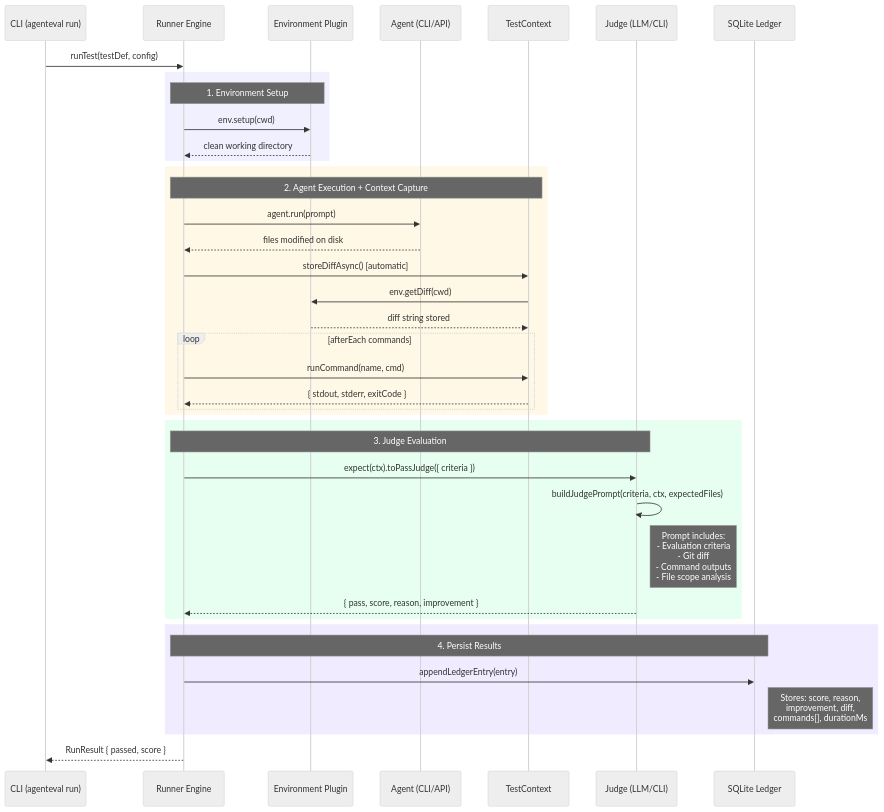
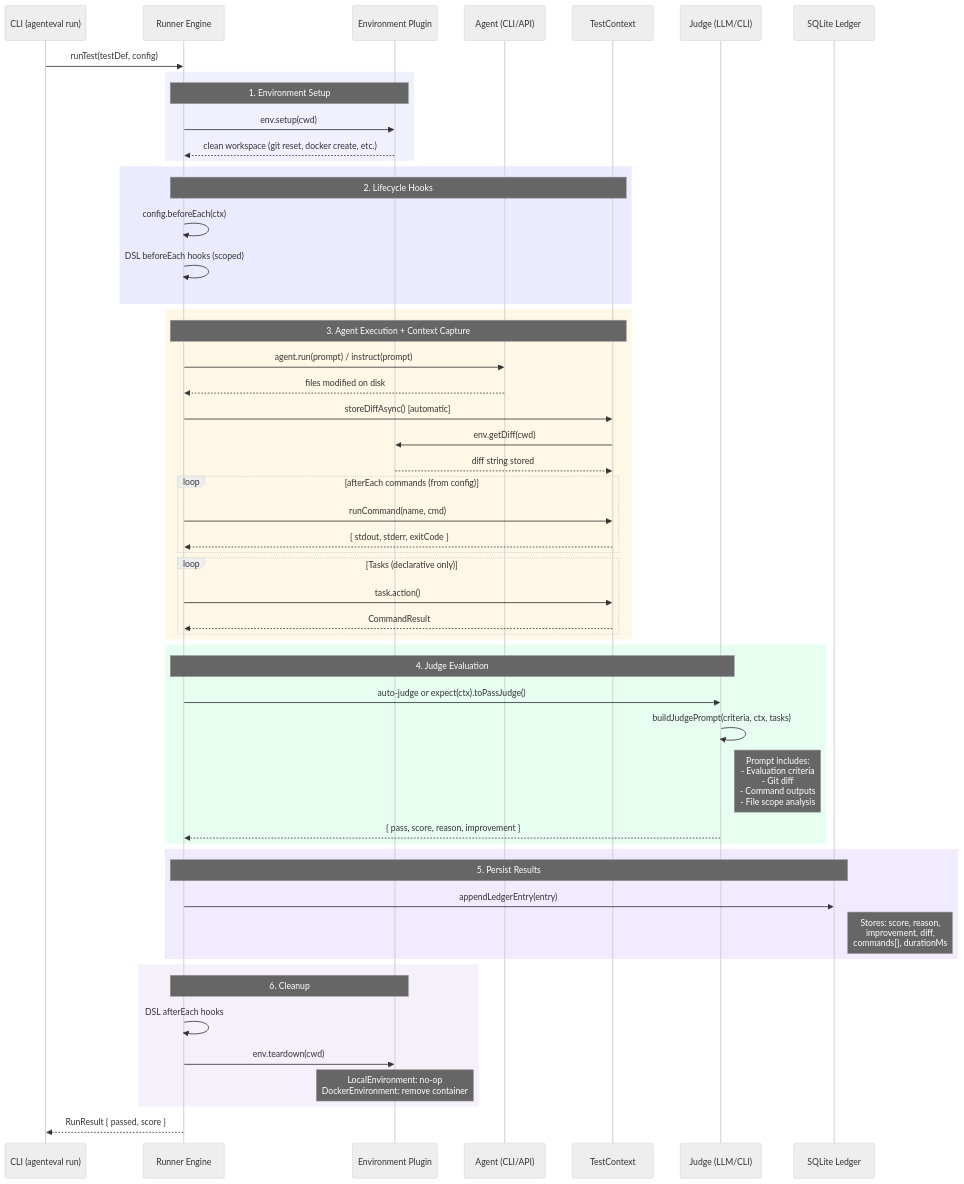
The third of 5 diagrams in apps/docs/guide/architecture.md (Tlahey/agent-eval), drawn with Mermaid (neutral theme) before and after one commit. The commit also changed other lines of this file and 5 other files, not shown here.

First line of the commit message:
docs: update lifecycle diagrams to reflect plugin-based architecture

````diff
--- a/apps/docs/guide/architecture.md
+++ b/apps/docs/guide/architecture.md
@@ -157,48 +166,66 @@
 ```mermaid
 sequenceDiagram
     participant CLI as CLI (agenteval run)
     participant Runner as Runner Engine
     participant Git as Environment Plugin
     participant Agent as Agent (CLI/API)
     participant Ctx as TestContext
     participant Judge as Judge (LLM/CLI)
     participant Ledger as SQLite Ledger
 
     CLI->>Runner: runTest(testDef, config)
 
     rect rgb(240, 240, 255)
         Note over Runner,Git: 1. Environment Setup
         Runner->>Git: env.setup(cwd)
-        Git-->>Runner: clean working directory
+        Git-->>Runner: clean workspace (git reset, docker create, etc.)
+    end
+
+    rect rgb(235, 235, 255)
+        Note over Runner,Ctx: 2. Lifecycle Hooks
+        Runner->>Runner: config.beforeEach(ctx)
+        Runner->>Runner: DSL beforeEach hooks (scoped)
     end
 
     rect rgb(255, 248, 230)
-        Note over Runner,Ctx: 2. Agent Execution + Context Capture
-        Runner->>Agent: agent.run(prompt)
+        Note over Runner,Ctx: 3. Agent Execution + Context Capture
+        Runner->>Agent: agent.run(prompt) / instruct(prompt)
         Agent-->>Runner: files modified on disk
         Runner->>Ctx: storeDiffAsync() [automatic]
         Ctx->>Git: env.getDiff(cwd)
         Git-->>Ctx: diff string stored
 
-        loop afterEach commands
+        loop afterEach commands (from config)
             Runner->>Ctx: runCommand(name, cmd)
             Ctx-->>Runner: { stdout, stderr, exitCode }
+        end
+
+        loop Tasks (declarative only)
+            Runner->>Ctx: task.action()
+            Ctx-->>Runner: CommandResult
         end
     end
 
     rect rgb(230, 255, 240)
-        Note over Runner,Judge: 3. Judge Evaluation
-        Runner->>Judge: expect(ctx).toPassJudge({ criteria })
-        Judge->>Judge: buildJudgePrompt(criteria, ctx, expectedFiles)
+        Note over Runner,Judge: 4. Judge Evaluation
+        Runner->>Judge: auto-judge or expect(ctx).toPassJudge()
+        Judge->>Judge: buildJudgePrompt(criteria, ctx, tasks)
         Note right of Judge: Prompt includes:<br/>- Evaluation criteria<br/>- Git diff<br/>- Command outputs<br/>- File scope analysis
         Judge-->>Runner: { pass, score, reason, improvement }
     end
 
     rect rgb(240, 235, 255)
-        Note over Runner,Ledger: 4. Persist Results
+        Note over Runner,Ledger: 5. Persist Results
         Runner->>Ledger: appendLedgerEntry(entry)
         Note right of Ledger: Stores: score, reason,<br/>improvement, diff,<br/>commands[], durationMs
     end
 
+    rect rgb(245, 240, 250)
+        Note over Runner,Git: 6. Cleanup
+        Runner->>Runner: DSL afterEach hooks
+        Runner->>Git: env.teardown(cwd)
+        Note over Git: LocalEnvironment: no-op<br/>DockerEnvironment: remove container
+    end
+
     Runner-->>CLI: RunResult { passed, score }
 ```
````
